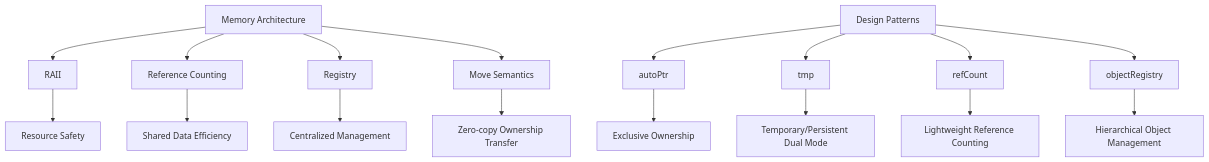
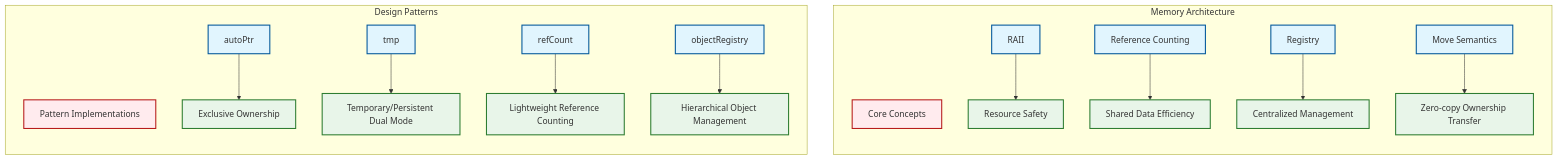
The first of 2 diagrams in MODULE_09_ADVANCED_TOPICS/CONTENT/04_MEMORY_MANAGEMENT/06_Design_Patterns_and_Architecture.md (wramet/build-my-cfd), drawn with Mermaid before and after one commit. The commit also changed other lines of this file and 313 other files, not shown here.

Commit message:
Revise all diagram

````diff
--- a/MODULE_09_ADVANCED_TOPICS/CONTENT/04_MEMORY_MANAGEMENT/06_Design_Patterns_and_Architecture.md
+++ b/MODULE_09_ADVANCED_TOPICS/CONTENT/04_MEMORY_MANAGEMENT/06_Design_Patterns_and_Architecture.md
@@ -615,22 +615,33 @@
 ```mermaid
 graph TD
-    A[Memory Architecture] --> B[RAII]
-    A --> C[Reference Counting]
-    A --> D[Registry]
-    A --> E[Move Semantics]
+classDef implicit fill:#e1f5fe,stroke:#01579b,stroke-width:2px
+classDef explicit fill:#ffebee,stroke:#b71c1c,stroke-width:2px
+classDef success fill:#e8f5e9,stroke:#2e7d32,stroke-width:2px
+subgraph Memory_Architecture["Memory Architecture"]
+direction TB
+A[Core Concepts]:::explicit
+B[RAII]:::implicit
+C[Reference Counting]:::implicit
+D[Registry]:::implicit
+E[Move Semantics]:::implicit
 
-    B --> B1[Resource Safety]
-    C --> C1[Shared Data Efficiency]
-    D --> D1[Centralized Management]
-    E --> E1[Zero-copy Ownership Transfer]
+B --> B1[Resource Safety]:::success
+C --> C1[Shared Data Efficiency]:::success
+D --> D1[Centralized Management]:::success
+E --> E1[Zero-copy Ownership Transfer]:::success
+end
 
-    F[Design Patterns] --> G[autoPtr]
-    F --> H[tmp]
-    F --> I[refCount]
-    F --> J[objectRegistry]
+subgraph Design_Patterns["Design Patterns"]
+direction TB
+F[Pattern Implementations]:::explicit
+G[autoPtr]:::implicit
+H[tmp]:::implicit
+I[refCount]:::implicit
+J[objectRegistry]:::implicit
 
-    G --> G1[Exclusive Ownership]
-    H --> H1[Temporary/Persistent Dual Mode]
-    I --> I1[Lightweight Reference Counting]
-    J --> J1[Hierarchical Object Management]
+G --> G1[Exclusive Ownership]:::success
+H --> H1[Temporary/Persistent Dual Mode]:::success
+I --> I1[Lightweight Reference Counting]:::success
+J --> J1[Hierarchical Object Management]:::success
+end
 ```
````
